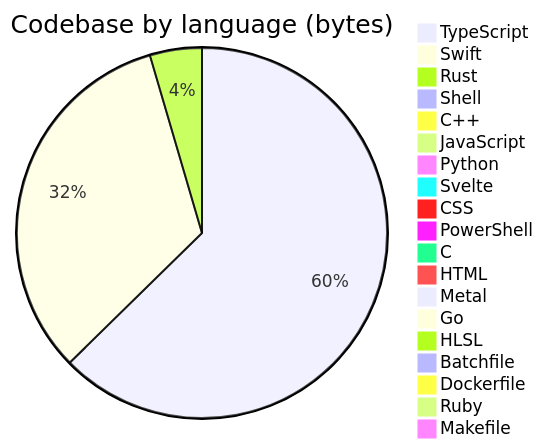
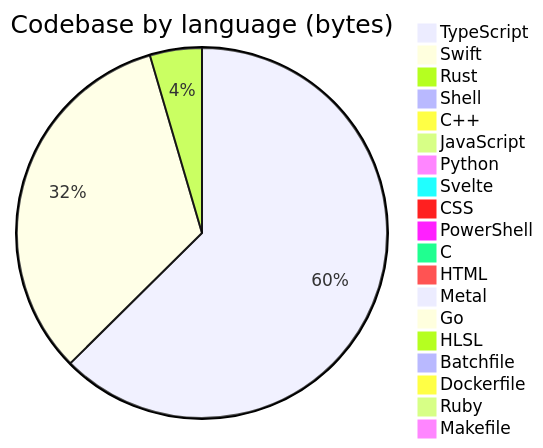
The diagram in profile/README.md (Open330/.github), drawn with Mermaid before and after one commit. The commit also changed other lines of this file, not shown here.

````diff
--- a/profile/README.md
+++ b/profile/README.md
@@ -130,22 +130,22 @@
 ```mermaid
 pie title Codebase by language (bytes)
     "TypeScript" : 34474664
-    "Swift" : 18049319
-    "Rust" : 2496071
-    "Shell" : 500149
+    "Swift" : 18110195
+    "Rust" : 2500338
+    "Shell" : 500356
     "C++" : 388775
     "JavaScript" : 368493
-    "Python" : 329808
+    "Python" : 342510
     "Svelte" : 143451
     "CSS" : 142903
     "PowerShell" : 128198
     "C" : 114143
     "HTML" : 50085
     "Metal" : 33033
     "Go" : 22811
     "HLSL" : 7527
     "Batchfile" : 5870
     "Dockerfile" : 4893
     "Ruby" : 1554
     "Makefile" : 1150
 ```
````
